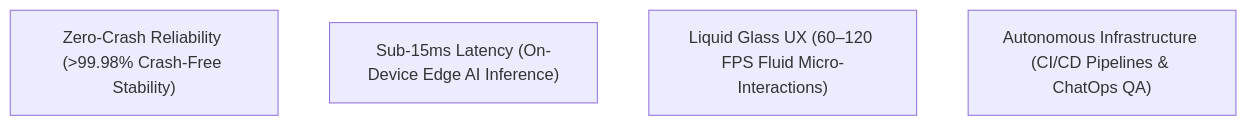
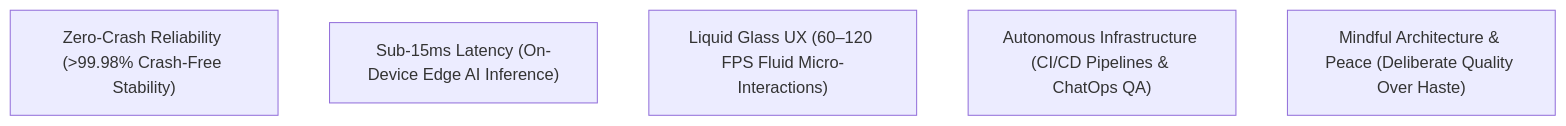
One commit to Brosfeer/Brosfeer changed the diagram in README.md. Above: the diagram before and after it, drawn with Mermaid. The commit also changed other lines of this file, not shown here.

Commit message:
Docs(profile): Codify Mindful Engineering, Peace Over Haste, And Calm Deliberate Craftsmanship

````diff
--- a/README.md
+++ b/README.md
@@ -60,7 +64,8 @@
 ```mermaid
 flowchart TD
     P1["Zero-Crash Reliability (>99.98% Crash-Free Stability)"]
     P2["Sub-15ms Latency (On-Device Edge AI Inference)"]
     P3["Liquid Glass UX (60–120 FPS Fluid Micro-Interactions)"]
     P4["Autonomous Infrastructure (CI/CD Pipelines & ChatOps QA)"]
+    P5["Mindful Architecture & Peace (Deliberate Quality Over Haste)"]
 ```
````
